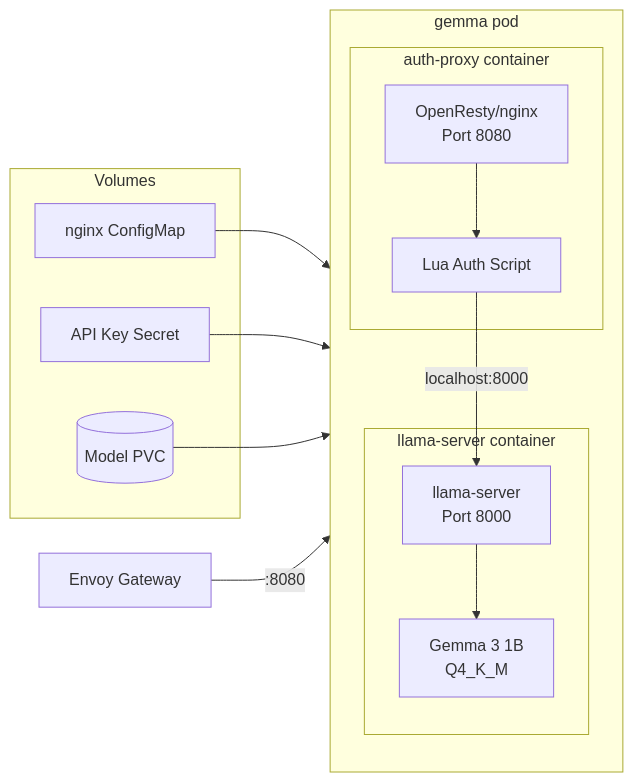
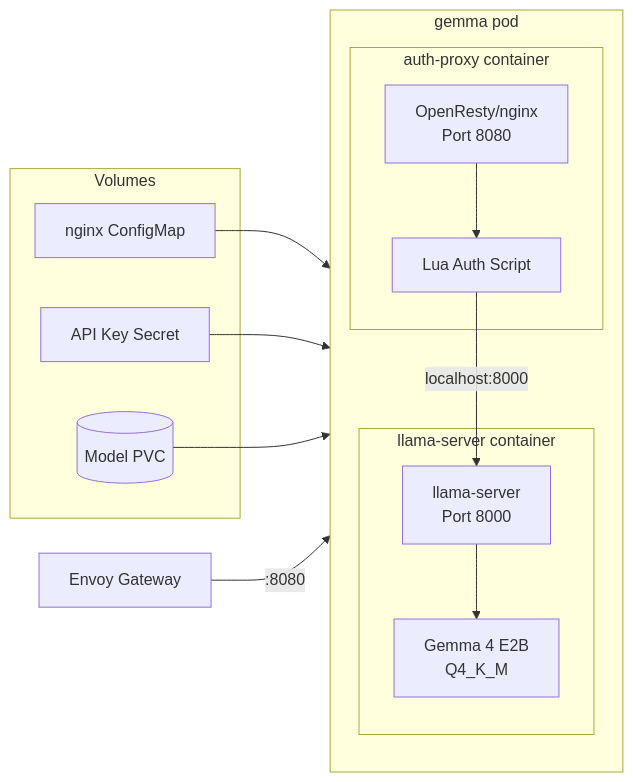
One commit to nsudhanva/k8s-oracle changed the third of 7 diagrams in docs/src/content/docs/architecture/gemma-llm.mdx. Above: the diagram before and after it, drawn with Mermaid. The commit also changed other lines of this file and 10 other files, not shown here.

````diff
--- a/docs/src/content/docs/architecture/gemma-llm.mdx
+++ b/docs/src/content/docs/architecture/gemma-llm.mdx
@@ -197,32 +197,32 @@
 ```mermaid
 flowchart LR
     subgraph Pod["gemma pod"]
         direction TB
 
         subgraph AuthContainer["auth-proxy container"]
             OpenResty[OpenResty/nginx<br/>Port 8080]
             Lua[Lua Auth Script]
         end
 
         subgraph LLMContainer["llama-server container"]
             Server[llama-server<br/>Port 8000]
-            Model[Gemma 3 1B<br/>Q4_K_M]
+            Model[Gemma 4 E2B<br/>Q4_K_M]
         end
 
         OpenResty --> Lua
         Lua -->|localhost:8000| Server
         Server --> Model
     end
 
     subgraph Volumes
         ConfigMap[nginx ConfigMap]
         SecretVol[API Key Secret]
         PVC[(Model PVC)]
     end
 
     ConfigMap --> OpenResty
     SecretVol --> Lua
     PVC --> Model
 
     Ingress[Envoy Gateway] -->|:8080| OpenResty
 ```
````
